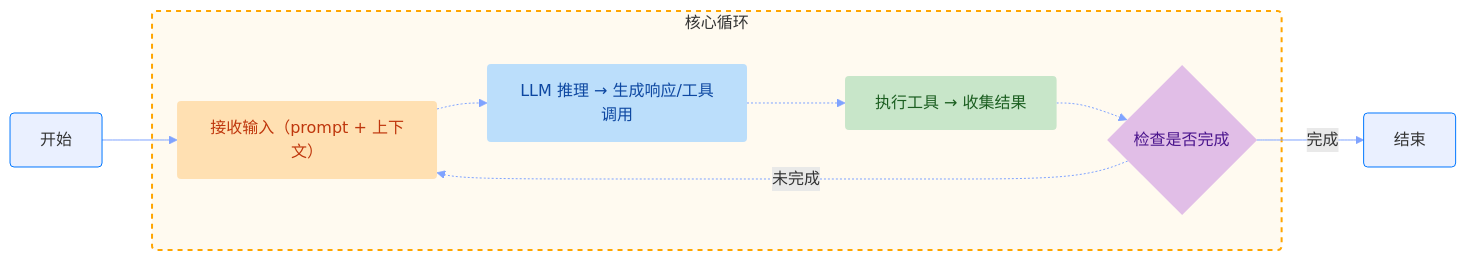
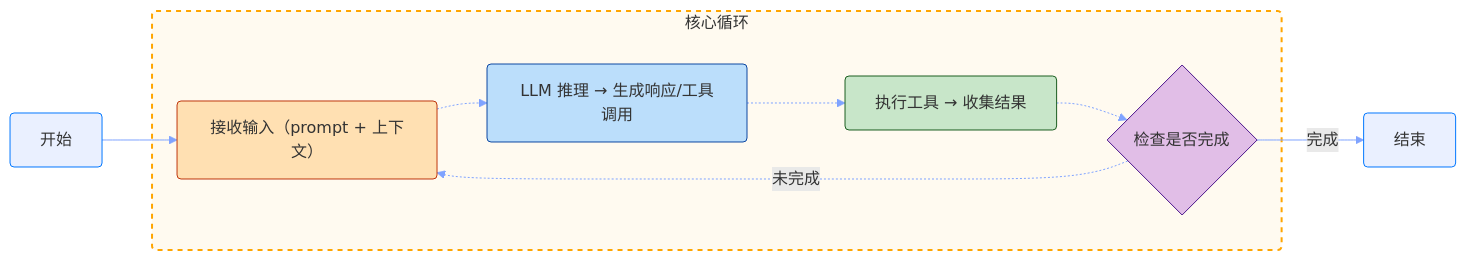
Before and after one commit to youngluo/thinking: the second of 4 diagrams in apps/docs/experiences/Agent/Harness.md, drawn with Mermaid. The commit also changed other lines of this file and 15 other files, not shown here.

````diff
--- a/apps/docs/experiences/Agent/Harness.md
+++ b/apps/docs/experiences/Agent/Harness.md
@@ -71,30 +68,30 @@
 ```mermaid
 %%{init: {'themeVariables': {'lineColor': '#7fa3ff'}}}%%
 flowchart LR
     A[开始]:::start
 
     subgraph LOOP[核心循环]
         B[接收输入（prompt + 上下文）]:::step1
         C[LLM 推理 → 生成响应/工具调用]:::step2
         D[执行工具 → 收集结果]:::step3
         E{检查是否完成}:::decision
     end
 
     F[结束]:::complete
 
     A --> B
     B -.-> C
     C -.-> D
     D -.-> E
 
     E -. 未完成 .-> B
     E -- 完成 --> F
 
     style LOOP fill:#fffaf0,stroke:#ffa500,stroke-width:2px,stroke-dasharray:5,5,rx:4,ry:4
-    style A fill:#7fa3ff29,stroke:#07f,stroke-width:1px,padding:10px,rx:4,ry:4
-    style B fill:#ffe0b2,stroke:none,stroke-width:1px,color:#bf360c,rx:4,ry:4
-    style C fill:#bbdefb,stroke:none,stroke-width:1px,color:#0d47a1,rx:4,ry:4
-    style D fill:#c8e6c9,stroke:none,stroke-width:1px,color:#1b5e20,rx:4,ry:4
-    style E fill:#e1bee7,stroke:none,color:#4a148c,stroke-width:2px,rx:4,ry:4
-    style F fill:#7fa3ff29,stroke:#07f,stroke-width:1px,padding:10px,rx:4,ry:4
+    style A fill:#7fa3ff29,stroke:#07f,stroke-width:1px,rx:4,ry:4
+    style B fill:#ffe0b2,stroke:#bf360c,stroke-width:1px,rx:4,ry:4
+    style C fill:#bbdefb,stroke:#0d47a1,stroke-width:1px,rx:4,ry:4
+    style D fill:#c8e6c9,stroke:#1b5e20,stroke-width:1px,rx:4,ry:4
+    style E fill:#e1bee7,stroke:#4a148c,stroke-width:1px,rx:4,ry:4
+    style F fill:#7fa3ff29,stroke:#07f,stroke-width:1px,rx:4,ry:4
 ```
````
